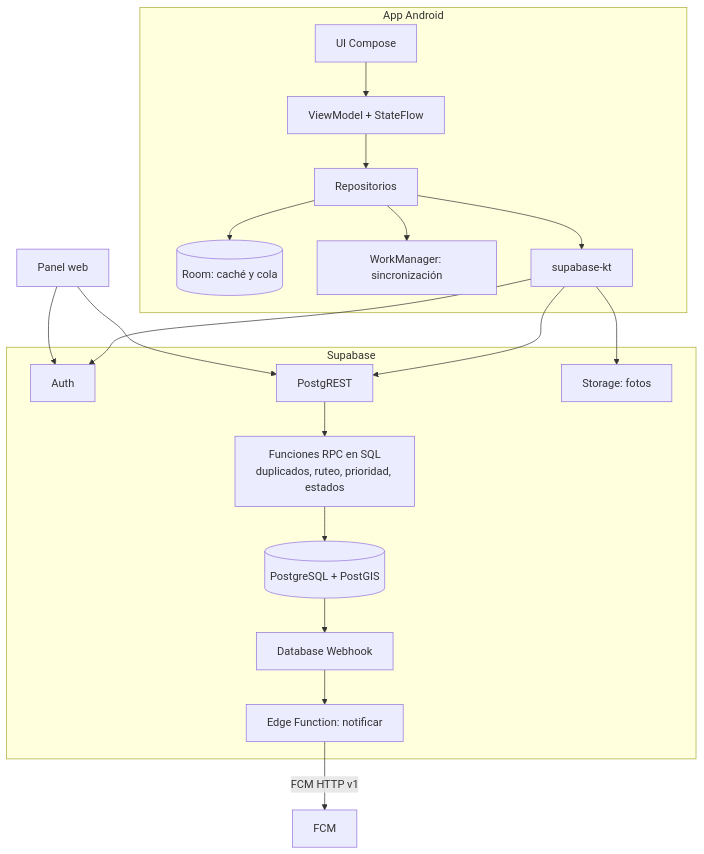
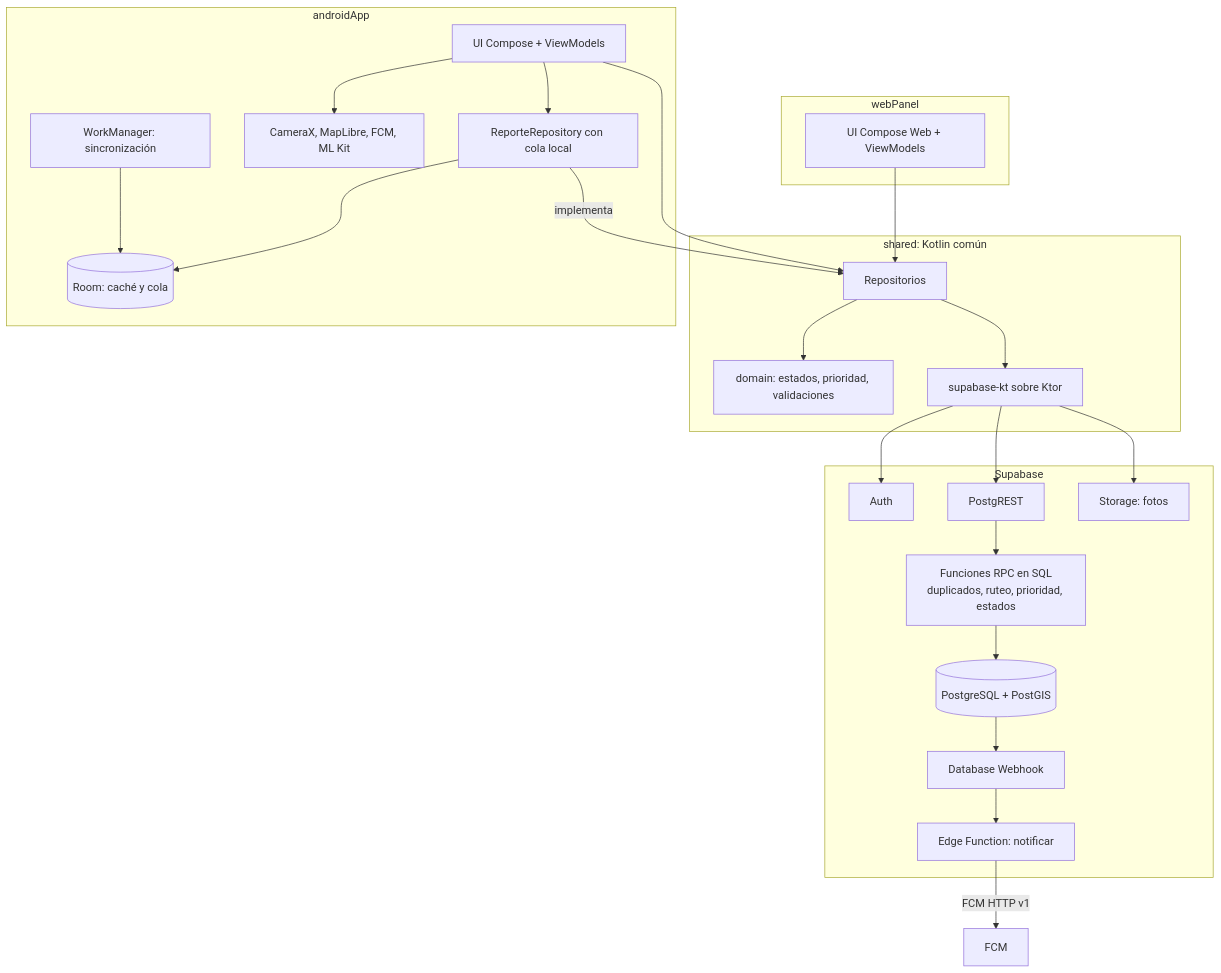
The second of 5 diagrams in docs/arquitectura.md (pieersx/app-civika), drawn with Mermaid before and after one commit. The commit also changed other lines of this file and 2 other files, not shown here.

Commit message:
docs: arquitectura en Kotlin Multiplatform y nuevas reglas

````diff
--- a/docs/arquitectura.md
+++ b/docs/arquitectura.md
@@ -42,23 +47,36 @@
 ```mermaid
 flowchart TB
-  subgraph android[App Android]
-    ui[UI Compose] --> vm[ViewModel + StateFlow]
-    vm --> repo[Repositorios]
-    repo --> room[(Room: caché y cola)]
-    repo --> wm[WorkManager: sincronización]
-    repo --> skt[supabase-kt]
+  subgraph shared[shared: Kotlin común]
+    dom[domain: estados, prioridad, validaciones]
+    repo[Repositorios]
+    skt[supabase-kt sobre Ktor]
+    repo --> dom
+    repo --> skt
+  end
+  subgraph android[androidApp]
+    ui[UI Compose + ViewModels] --> repo
+    room[(Room: caché y cola)]
+    wm[WorkManager: sincronización]
+    dev[CameraX, MapLibre, FCM, ML Kit]
+    cola[ReporteRepository con cola local] -->|implementa| repo
+    ui --> dev
+    ui --> cola
+    cola --> room
+    wm --> room
+  end
+  subgraph web[webPanel]
+    uiw[UI Compose Web + ViewModels] --> repo
   end
   subgraph supabase[Supabase]
     auth[Auth]
     rest[PostgREST]
     rpc[Funciones RPC en SQL<br/>duplicados, ruteo, prioridad, estados]
     db[(PostgreSQL + PostGIS)]
     sto[Storage: fotos]
     hook[Database Webhook]
     ef[Edge Function: notificar]
   end
   skt --> auth & rest & sto
   rest --> rpc --> db
   db --> hook --> ef -->|FCM HTTP v1| fcm[FCM]
-  panelw[Panel web] --> auth & rest
 ```
````
